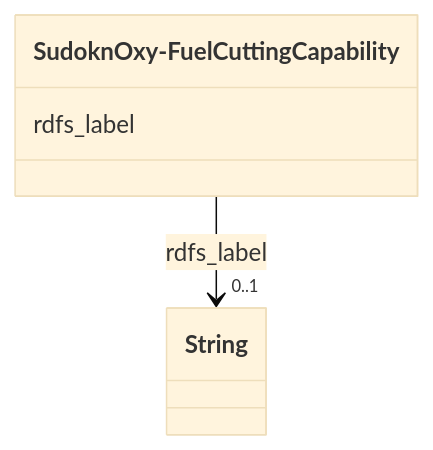
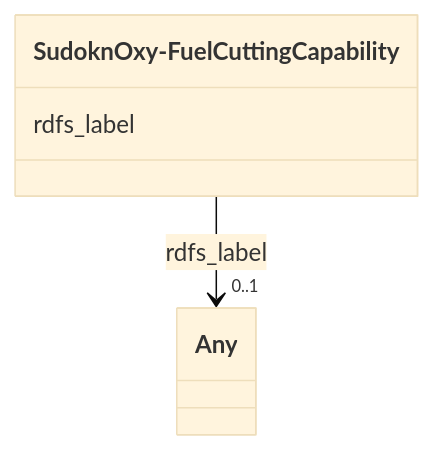
Before and after one commit to frink-okn/graph-descriptions: the diagram in sudokn-kg/classes/SudoknOxy-FuelCuttingCapability.md, drawn with Mermaid (base theme). The commit also changed other lines of this file and 903 other files, not shown here.

````diff
--- a/sudokn-kg/classes/SudoknOxy-FuelCuttingCapability.md
+++ b/sudokn-kg/classes/SudoknOxy-FuelCuttingCapability.md
@@ -23,15 +18,15 @@
 ```mermaid
  classDiagram
     class SudoknOxy-FuelCuttingCapability
     click SudoknOxy-FuelCuttingCapability href "../SudoknOxy-FuelCuttingCapability"
       SudoknOxy-FuelCuttingCapability : rdfs_label
         
           
     
     
-    SudoknOxy-FuelCuttingCapability --> "0..1" String : rdfs_label
-    click String href "../String"
+    SudoknOxy-FuelCuttingCapability --> "0..1" Any : rdfs_label
+    click Any href "../Any"
 
         
       
 ```
````
